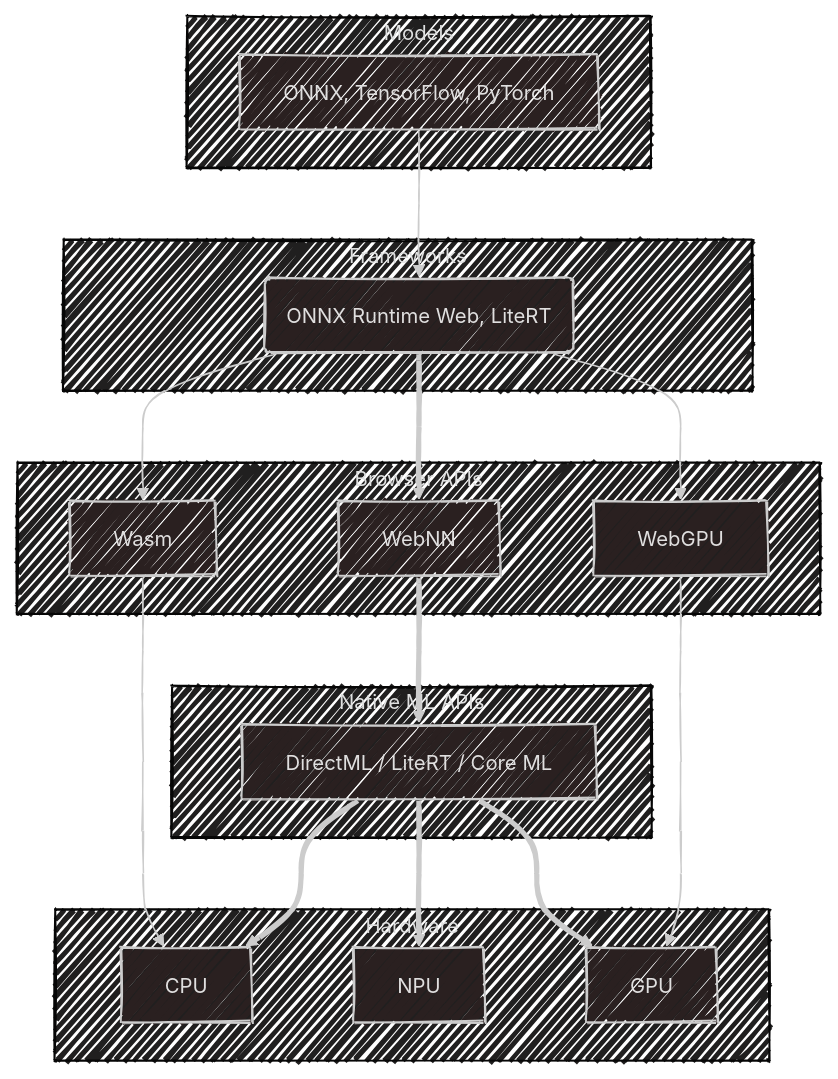
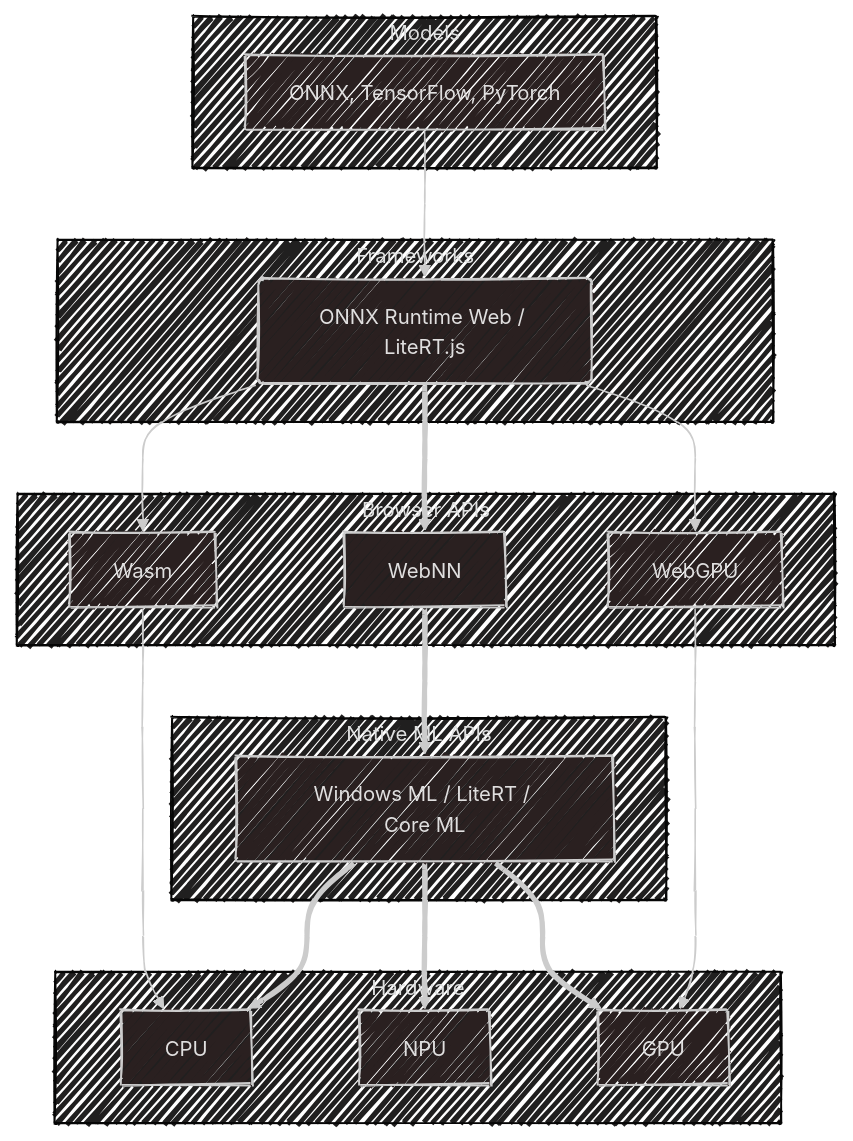
One commit to webmachinelearning/webnn changed the diagram in explainer.md. Above: the diagram before and after it, drawn with Mermaid. The commit also changed 1 other file, not shown here.

Commit message:
Update WebNN architecture diagram (#908)
DirectML -> Windows ML
TensorFlow Lite Web -> LiteRT.js

SVG export produced with Mermaid Live Editor patched with:
perl -pi -e 's/&nbsp;/&#160;/g' webnn_arch.svg

````diff
--- a/explainer.md
+++ b/explainer.md
@@ -25,42 +25,42 @@
 ```mermaid
 %%{ init : { "look" : "handDrawn", "theme" : "neo-dark" }}%%
 flowchart TD
 
   subgraph Models
     Model[ONNX, TensorFlow, PyTorch]
   end
 
   subgraph Frameworks
-    Framework(ONNX Runtime Web, LiteRT)
+    Framework(ONNX Runtime Web / LiteRT.js)
   end
 
   subgraph Browser_APIs[Browser APIs]
     Wasm
     WebNN
     WebGPU
   end
 
   subgraph Native_ML_APIs[Native ML APIs]
-    MLAPI[DirectML / LiteRT / Core&nbsp;ML]
+    MLAPI[Windows&nbsp;ML / LiteRT / Core&nbsp;ML]
   end
 
   subgraph Hardware
     CPU
     NPU
     GPU
   end
 
   Model --> Framework
 
   Framework --> Wasm
   Framework ==> WebNN
   Framework --> WebGPU
 
   Wasm --> CPU
   WebNN ==> MLAPI
   WebGPU --> GPU
 
   MLAPI ==> CPU
   MLAPI ==> NPU
   MLAPI ==> GPU
 ```
````
